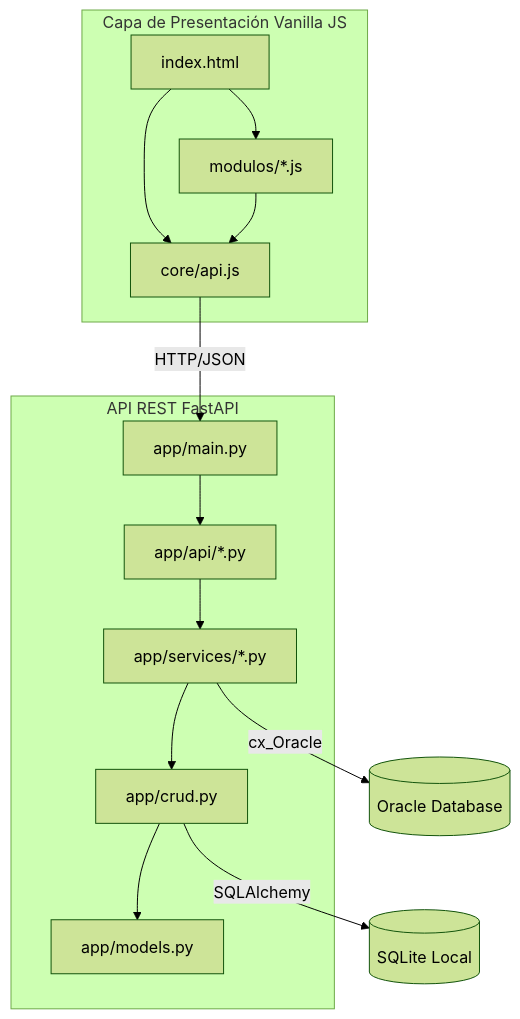
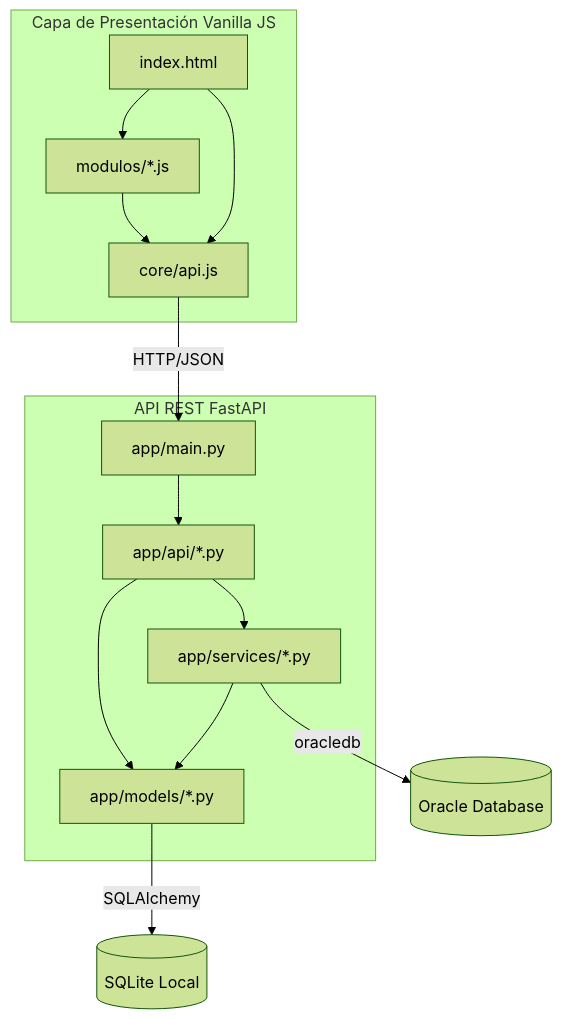
Before and after one commit to Geraldzvallos/framework-pruebas-sql-publico: the diagram in framework-pruebas-sql/docs/diagramas/paquetes.mermaid, drawn with Mermaid (forest theme). The commit also changed 17 other files, not shown here.

```diff
--- a/framework-pruebas-sql/docs/diagramas/paquetes.mermaid
+++ b/framework-pruebas-sql/docs/diagramas/paquetes.mermaid
@@ -1,17 +1,17 @@
 graph TD
     subgraph Frontend [Capa de Presentación Vanilla JS]
         UI[index.html] --> APIJS[core/api.js]
         UI --> Modulos[modulos/*.js]
         Modulos --> APIJS
     end
 
     subgraph Backend [API REST FastAPI]
         API[app/main.py] --> Routers[app/api/*.py]
         Routers --> Services[app/services/*.py]
-        Services --> DataAccess[app/crud.py]
-        DataAccess --> Models[app/models.py]
+        Services --> Models[app/models/*.py]
+        Routers --> Models
     end
 
     APIJS -- HTTP/JSON --> API
-    Services -- cx_Oracle --> OracleDB[(Oracle Database)]
-    DataAccess -- SQLAlchemy --> SQLite[(SQLite Local)]
+    Services -- oracledb --> OracleDB[(Oracle Database)]
+    Models -- SQLAlchemy --> SQLite[(SQLite Local)]
```
